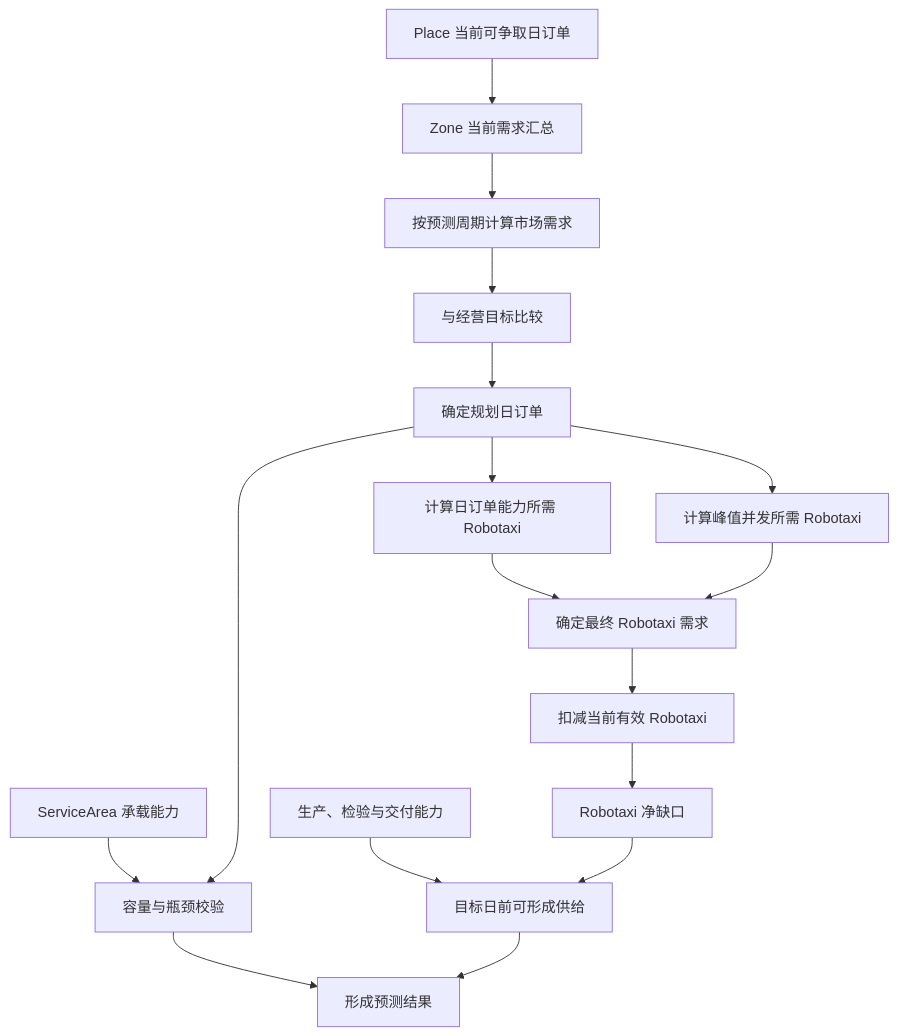
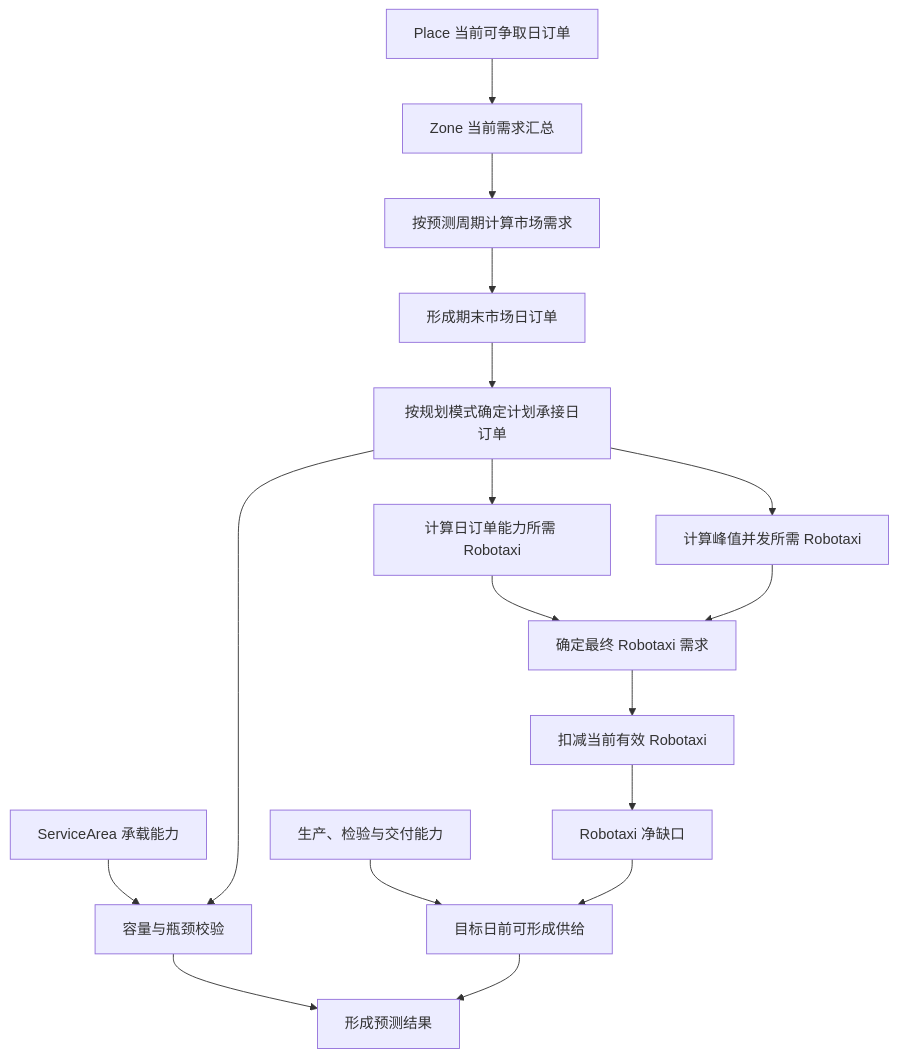
Before and after one commit to Chizheng4/robotaxi: the second of 2 diagrams in doc/00-business-planning/04-long-term-demand-forecast-strategy.md, drawn with Mermaid. The commit also changed other lines of this file and 23 other files, not shown here.

Commit message:
v047.0.1 unify planning semantics and charts

````diff
--- a/doc/00-business-planning/04-long-term-demand-forecast-strategy.md
+++ b/doc/00-business-planning/04-long-term-demand-forecast-strategy.md
@@ -60,19 +60,19 @@
 ```mermaid
 flowchart TD
   A["Place 当前可争取日订单"] --> B["Zone 当前需求汇总"]
   B --> C["按预测周期计算市场需求"]
-  C --> D["与经营目标比较"]
-  D --> E["确定规划日订单"]
+  C --> D["形成期末市场日订单"]
+  D --> E["按规划模式确定计划承接日订单"]
   E --> F["计算日订单能力所需 Robotaxi"]
   E --> G["计算峰值并发所需 Robotaxi"]
   F --> H["确定最终 Robotaxi 需求"]
   G --> H
   I["ServiceArea 承载能力"] --> J["容量与瓶颈校验"]
   E --> J
   H --> K["扣减当前有效 Robotaxi"]
   K --> L["Robotaxi 净缺口"]
   M["生产、检验与交付能力"] --> N["目标日前可形成供给"]
   L --> N
   J --> O["形成预测结果"]
   N --> O
 ```
````
